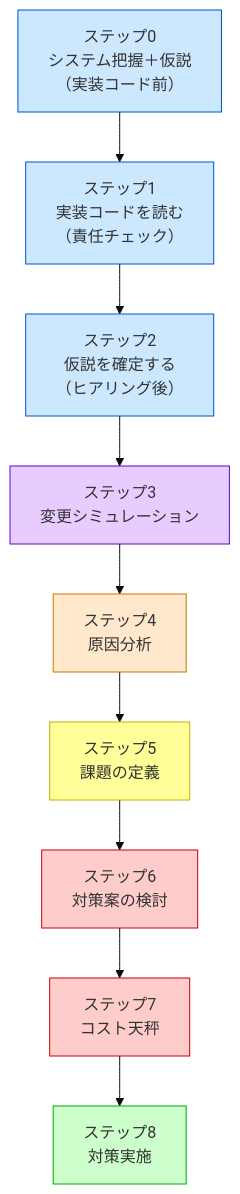
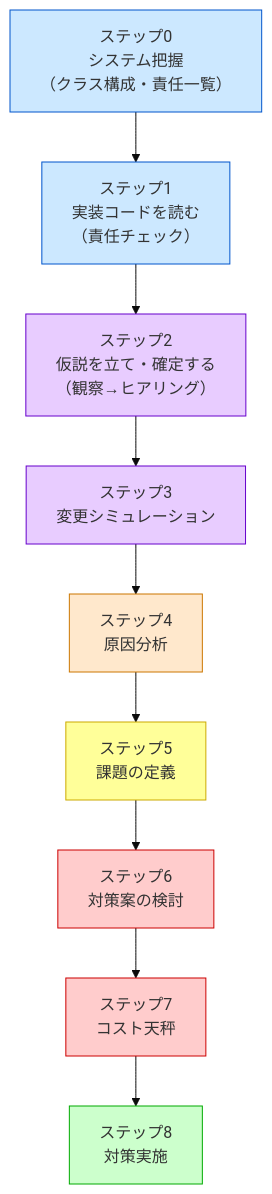
Before and after one commit to kumachan1101-pixel/DesignPattern: the diagram in kindle/design-patterns/output/chapter00_2.md, drawn with Mermaid (base theme). The commit also changed other lines of this file and 3 other files, not shown here.

````diff
--- a/kindle/design-patterns/output/chapter00_2.md
+++ b/kindle/design-patterns/output/chapter00_2.md
@@ -26,24 +26,24 @@
 ```mermaid
 graph TD
-    S0["ステップ0<br>システム把握＋仮説<br>（実装コード前）"]
+    S0["ステップ0<br>システム把握<br>（クラス構成・責任一覧）"]
     S1["ステップ1<br>実装コードを読む<br>（責任チェック）"]
-    S2["ステップ2<br>仮説を確定する<br>（ヒアリング後）"]
+    S2["ステップ2<br>仮説を立て・確定する<br>（観察→ヒアリング）"]
     S3["ステップ3<br>変更シミュレーション"]
     S4["ステップ4<br>原因分析"]
     S5["ステップ5<br>課題の定義"]
     S6["ステップ6<br>対策案の検討"]
     S7["ステップ7<br>コスト天秤"]
     S8["ステップ8<br>対策実施"]
 
     S0 --> S1 --> S2 --> S3 --> S4 --> S5 --> S6 --> S7 --> S8
 
     style S0 fill:#cce8ff,stroke:#0055cc
     style S1 fill:#cce8ff,stroke:#0055cc
-    style S2 fill:#cce8ff,stroke:#0055cc
+    style S2 fill:#e8ccff,stroke:#6600cc
     style S3 fill:#e8ccff,stroke:#6600cc
     style S4 fill:#ffe8cc,stroke:#cc7700
     style S5 fill:#ffff99,stroke:#ccaa00
     style S6 fill:#ffcccc,stroke:#cc0000
     style S7 fill:#ffcccc,stroke:#cc0000
     style S8 fill:#ccffcc,stroke:#00aa00
 ```
````
